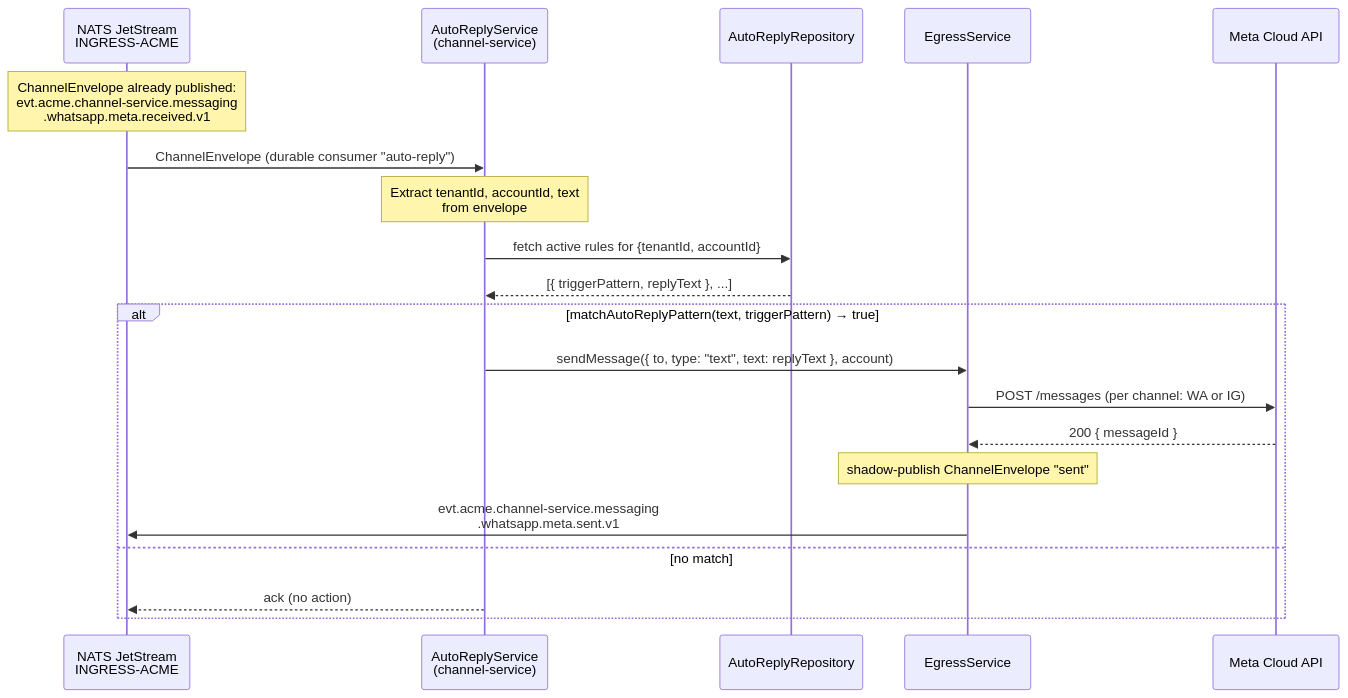
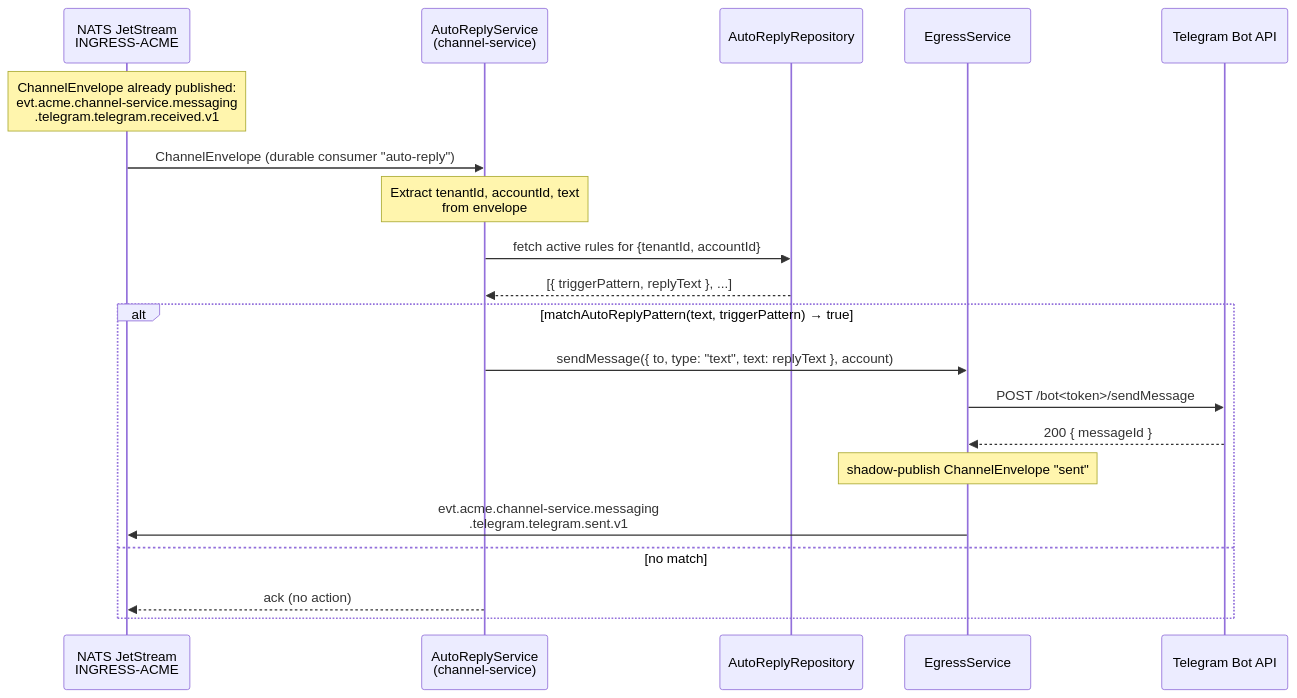
The second of 4 diagrams in DOCS/channels/channel-service.md (ccarnero/colloqui), drawn with Mermaid before and after one commit. The commit also changed other lines of this file and 43 other files, not shown here.

````diff
--- a/DOCS/channels/channel-service.md
+++ b/DOCS/channels/channel-service.md
@@ -321,30 +316,30 @@
 ```mermaid
 sequenceDiagram
     participant JS as NATS JetStream<br/>INGRESS-ACME
     participant AR as AutoReplyService<br/>(channel-service)
     participant Repo as AutoReplyRepository
     participant Egress as EgressService
-    participant Meta as Meta Cloud API
+    participant TG as Telegram Bot API
 
-    Note over JS: ChannelEnvelope already published:<br/>evt.acme.channel-service.messaging<br/>.whatsapp.meta.received.v1
+    Note over JS: ChannelEnvelope already published:<br/>evt.acme.channel-service.messaging<br/>.telegram.telegram.received.v1
 
     JS->>AR: ChannelEnvelope (durable consumer "auto-reply")
 
     Note over AR: Extract tenantId, accountId, text<br/>from envelope
 
     AR->>Repo: fetch active rules for {tenantId, accountId}
     Repo-->>AR: [{ triggerPattern, replyText }, ...]
 
     alt matchAutoReplyPattern(text, triggerPattern) → true
         AR->>Egress: sendMessage({ to, type: "text", text: replyText }, account)
 
-        Egress->>Meta: POST /messages (per channel: WA or IG)
-        Meta-->>Egress: 200 { messageId }
+        Egress->>TG: POST /bot<token>/sendMessage
+        TG-->>Egress: 200 { messageId }
 
         Note over Egress: shadow-publish ChannelEnvelope "sent"
-        Egress->>JS: evt.acme.channel-service.messaging<br/>.whatsapp.meta.sent.v1
+        Egress->>JS: evt.acme.channel-service.messaging<br/>.telegram.telegram.sent.v1
 
     else no match
         AR-->>JS: ack (no action)
     end
 ```
````
